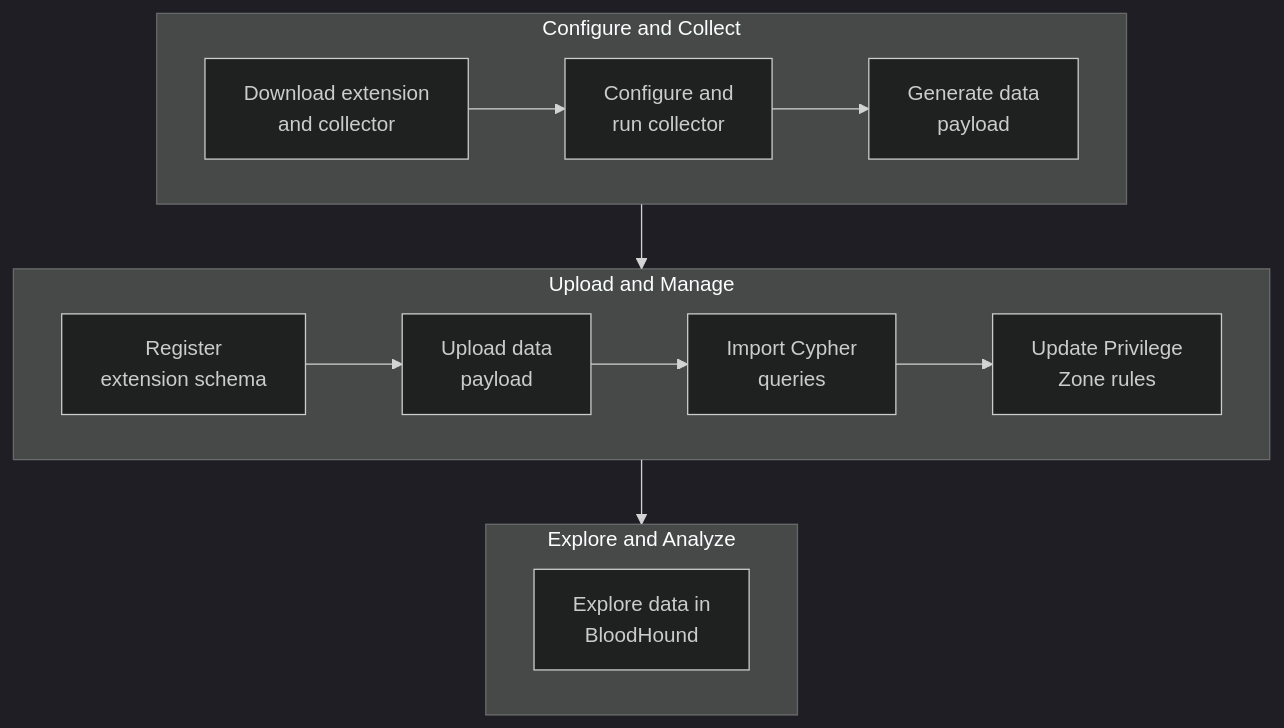
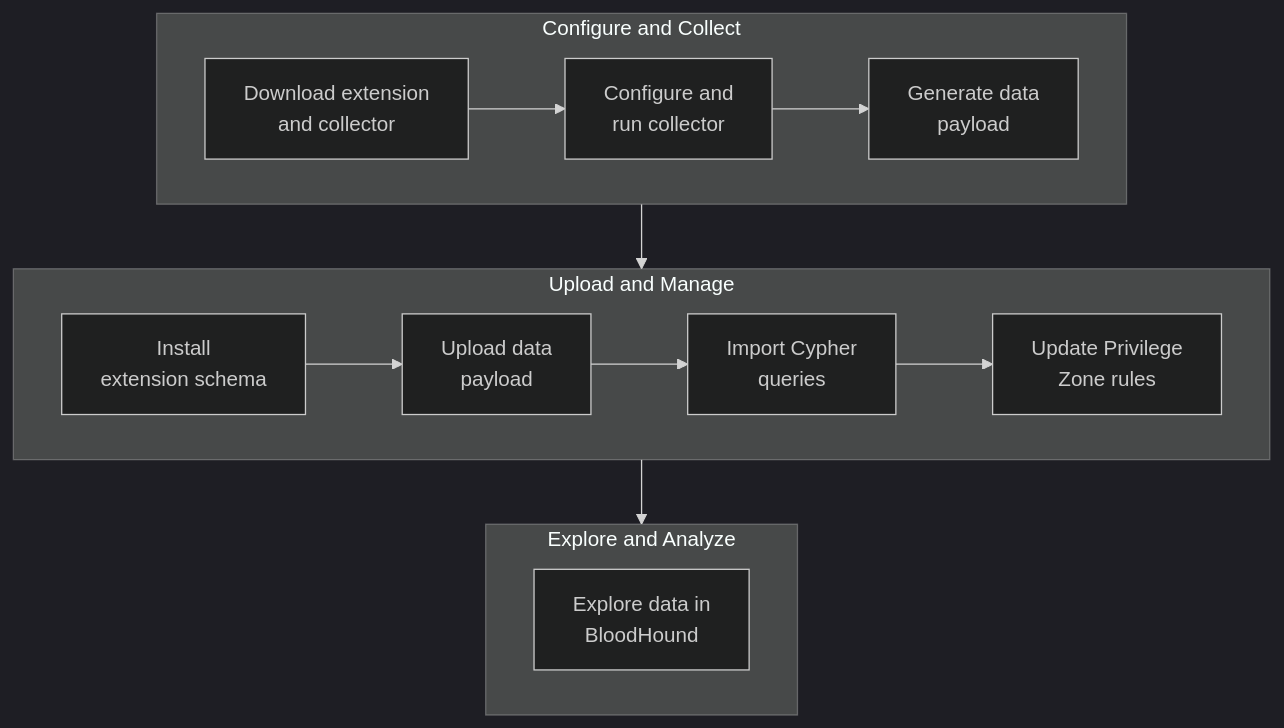
The diagram in docs/opengraph/extensions/manage.mdx (SpecterOps/bloodhound-docs), drawn with Mermaid (dark theme) before and after one commit. The commit also changed other lines of this file, not shown here.

Commit message:
wip: replace register with install

````diff
--- a/docs/opengraph/extensions/manage.mdx
+++ b/docs/opengraph/extensions/manage.mdx
@@ -100,20 +100,20 @@
 ```mermaid
 flowchart TB
 	subgraph prepare[Configure and Collect]
 		a["Download extension<br/>and collector"]
         a-->b["Configure and<br/>run collector"]
         b-->c["Generate data<br/>payload"]
     end
 
 	subgraph upload[Upload and Manage]
-		f["Register<br/>extension schema"]
+		f["Install<br/>extension schema"]
 		f-->g["Upload data<br/>payload"]
         g-->h["Import Cypher<br/>queries"]
 		h-->i["Update Privilege<br/>Zone rules"]
 	end
 
 	subgraph use[Explore and Analyze]
 		j["Explore data in<br/>BloodHound"]
 	end
     prepare-->upload-->use
 ```
````
